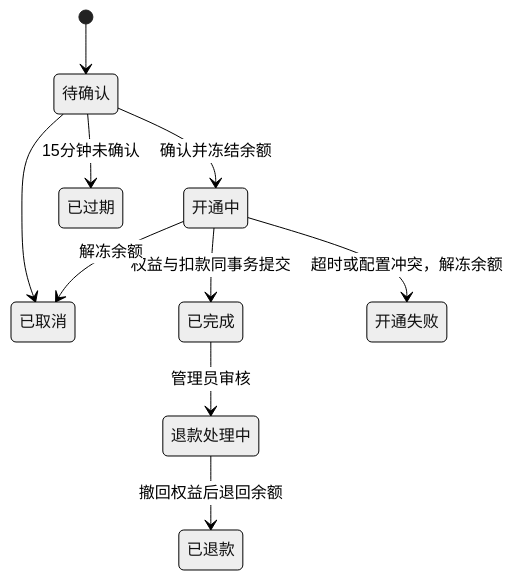
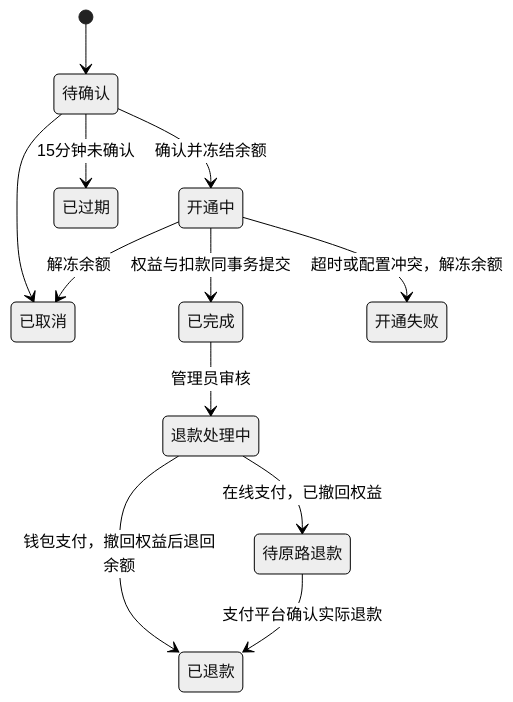
One commit to wudi000888-svg/guangyue-panel changed the diagram in docs/COMMERCE.md. Above: the diagram before and after it, drawn with Mermaid (neutral theme). The commit also changed other lines of this file and 53 other files, not shown here.

````diff
--- a/docs/COMMERCE.md
+++ b/docs/COMMERCE.md
@@ -60,12 +95,14 @@
 ```mermaid
 stateDiagram-v2
   [*] --> 待确认
   待确认 --> 开通中: 确认并冻结余额
   待确认 --> 已取消
   待确认 --> 已过期: 15分钟未确认
   开通中 --> 已完成: 权益与扣款同事务提交
   开通中 --> 已取消: 解冻余额
   开通中 --> 开通失败: 超时或配置冲突，解冻余额
   已完成 --> 退款处理中: 管理员审核
-  退款处理中 --> 已退款: 撤回权益后退回余额
+  退款处理中 --> 已退款: 钱包支付，撤回权益后退回余额
+  退款处理中 --> 待原路退款: 在线支付，已撤回权益
+  待原路退款 --> 已退款: 支付平台确认实际退款
 ```
````
